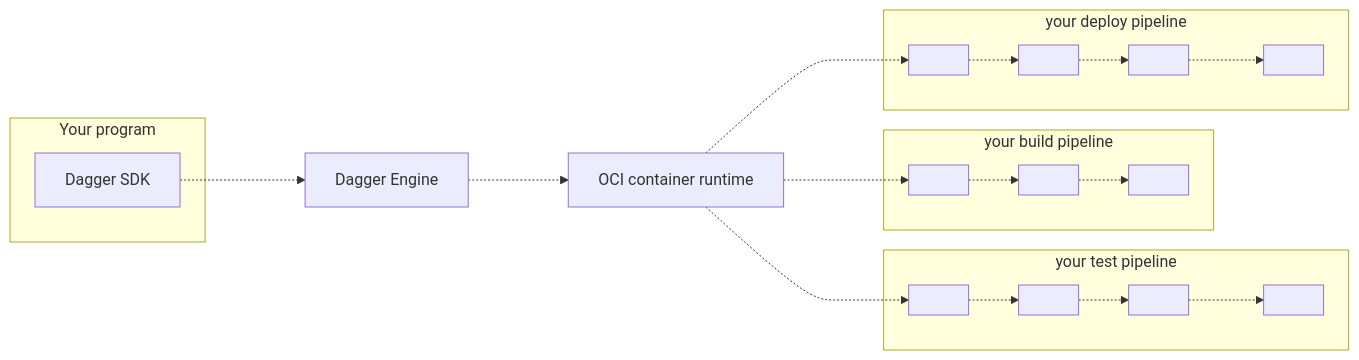
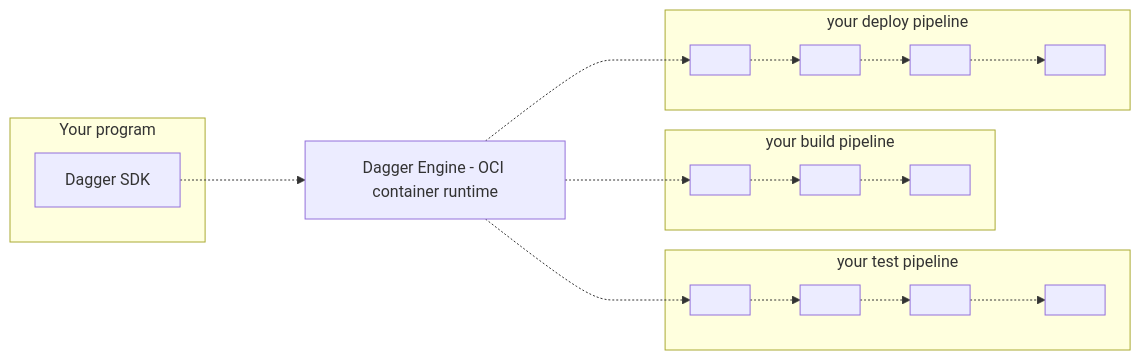
One commit to dagger/dagger changed the diagram in docs/current/quickstart/319191-quickstart-basics.mdx. Above: the diagram before and after it, drawn with Mermaid.

Commit message:
docs: Make diagram accurate
The Dagger Engine **is** the OCI container runtime. All pipeline ops run
inside the Dagger Engine.

````diff
--- a/docs/current/quickstart/319191-quickstart-basics.mdx
+++ b/docs/current/quickstart/319191-quickstart-basics.mdx
@@ -32,22 +32,21 @@
 ```mermaid
 graph LR;
 
 subgraph program["Your program"]
   lib["Dagger SDK"]
 end
 
-engine["Dagger Engine"]
+engine["Dagger Engine - OCI container runtime"]
 
-oci["OCI container runtime"]
 subgraph A["your build pipeline"]
   A1[" "] -.-> A2[" "] -.-> A3[" "]
 end
 subgraph B["your test pipeline"]
   B1[" "] -.-> B2[" "] -.-> B3[" "] -.-> B4[" "]
 end
 subgraph C["your deploy pipeline"]
   C1[" "] -.-> C2[" "] -.-> C3[" "] -.-> C4[" "]
 end
 
-lib -..-> engine -..-> oci -..-> A1 & B1 & C1
+lib -..-> engine -..-> A1 & B1 & C1
 ```
````
